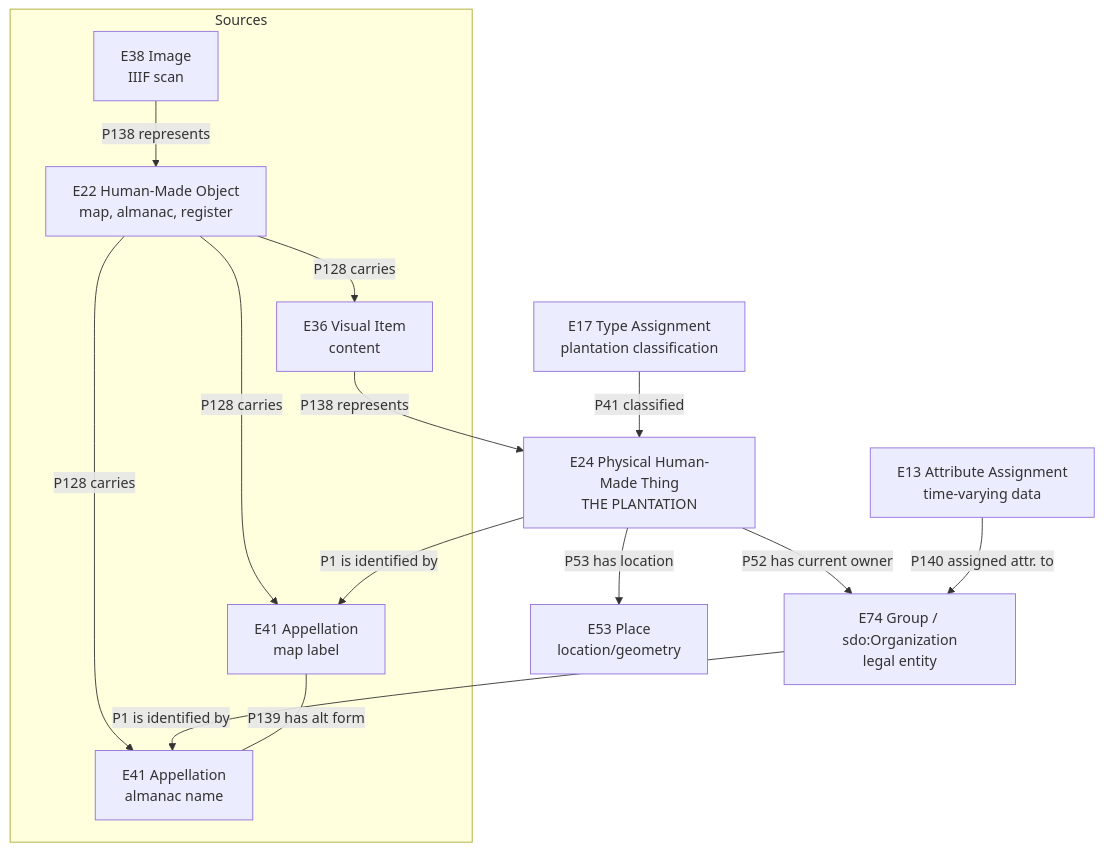
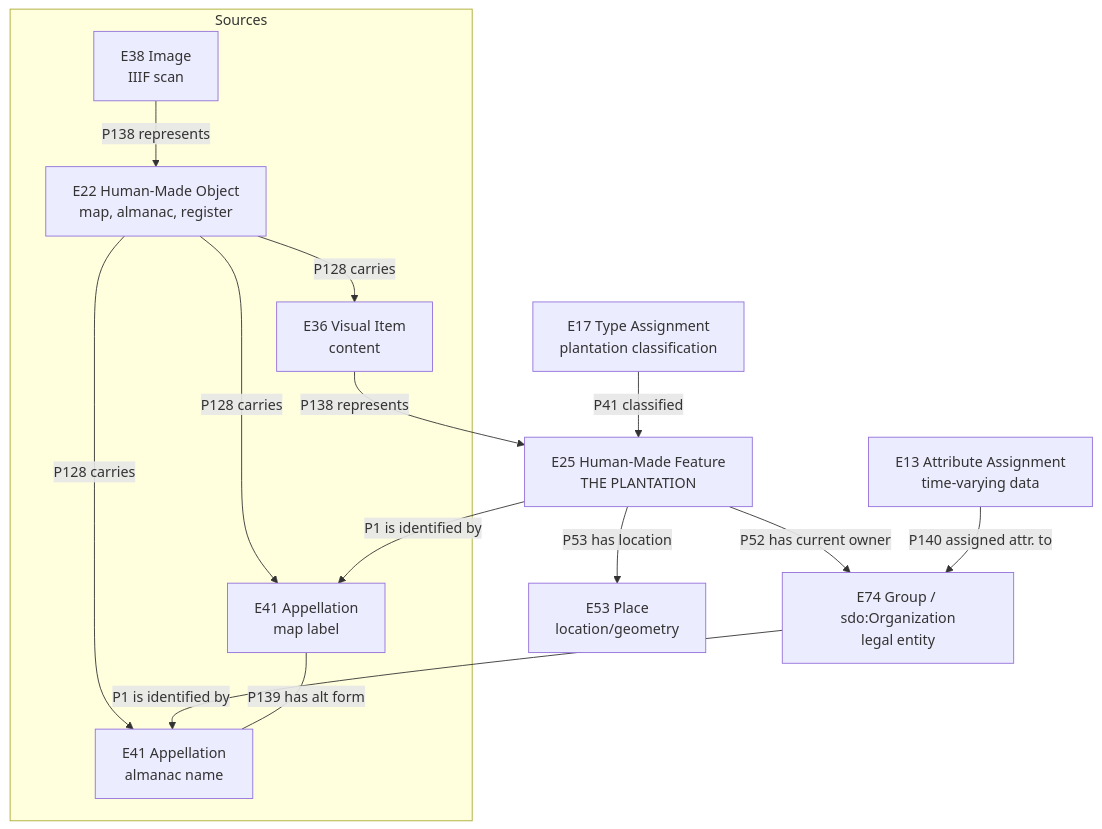
The first of 3 diagrams in .github/skills/data-model/SKILL.md (jonaschlegel/suriname-database-model), drawn with Mermaid before and after one commit. The commit also changed other lines of this file and 41 other files, not shown here.

````diff
--- a/.github/skills/data-model/SKILL.md
+++ b/.github/skills/data-model/SKILL.md
@@ -24,30 +24,30 @@
 ```mermaid
 flowchart TB
     subgraph Sources
         E22[E22 Human-Made Object<br/>map, almanac, register]
         E36[E36 Visual Item<br/>content]
         E38[E38 Image<br/>IIIF scan]
         E41_MAP[E41 Appellation<br/>map label]
     E41_ALM[E41 Appellation<br/>almanac name]
     end
 
-    E24[E24 Physical Human-Made Thing<br/>THE PLANTATION]
+    E25[E25 Human-Made Feature<br/>THE PLANTATION]
     E53[E53 Place<br/>location/geometry]
     ORG[E74 Group / sdo:Organization<br/>legal entity]
     E13_OBS[E13 Attribute Assignment<br/>time-varying data]
     E17[E17 Type Assignment<br/>plantation classification]
 
     E22 -->|P128 carries| E36
     E22 -->|P128 carries| E41_MAP
     E22 -->|P128 carries| E41_ALM
-    E36 -->|P138 represents| E24
+    E36 -->|P138 represents| E25
     E38 -->|P138 represents| E22
 
-    E24 -->|P1 is identified by| E41_MAP
+    E25 -->|P1 is identified by| E41_MAP
     ORG -->|P1 is identified by| E41_ALM
     E41_MAP ---|P139 has alt form| E41_ALM
-    E24 -->|P53 has location| E53
-    E24 -->|P52 has current owner| ORG
+    E25 -->|P53 has location| E53
+    E25 -->|P52 has current owner| ORG
     E13_OBS -->|P140 assigned attr. to| ORG
-    E17 -->|P41 classified| E24
+    E17 -->|P41 classified| E25
 ```
````
